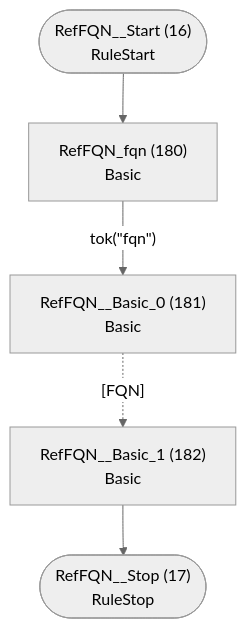
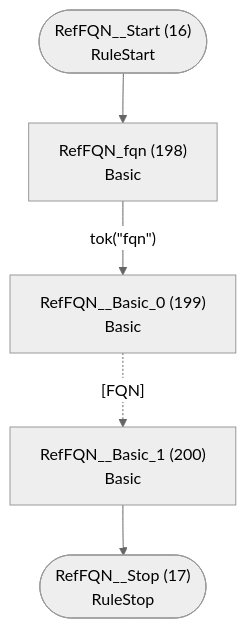
Before and after one commit to TypeFox/fastbelt: the ninth of 46 diagrams in internal/languages/completion/atn.md, drawn with Mermaid (neutral theme). The commit also changed other lines of this file and 41 other files, not shown here.

````diff
--- a/internal/languages/completion/atn.md
+++ b/internal/languages/completion/atn.md
@@ -311,13 +331,13 @@
 ```mermaid
 flowchart TD
     q16(["RefFQN__Start (16)<br/>RuleStart"])
     q17(["RefFQN__Stop (17)<br/>RuleStop"])
-    q180["RefFQN_fqn (180)<br/>Basic<br/>"]
-    q181["RefFQN__Basic_0 (181)<br/>Basic<br/>"]
-    q182["RefFQN__Basic_1 (182)<br/>Basic<br/>"]
+    q198["RefFQN_fqn (198)<br/>Basic<br/>"]
+    q199["RefFQN__Basic_0 (199)<br/>Basic<br/>"]
+    q200["RefFQN__Basic_1 (200)<br/>Basic<br/>"]
 
-    q16 --> q180
-    q180 -->|"tok(&quot;fqn&quot;)"| q181
-    q181 -.->|"[FQN]"| q182
-    q182 --> q17
+    q16 --> q198
+    q198 -->|"tok(&quot;fqn&quot;)"| q199
+    q199 -.->|"[FQN]"| q200
+    q200 --> q17
 ```
````
